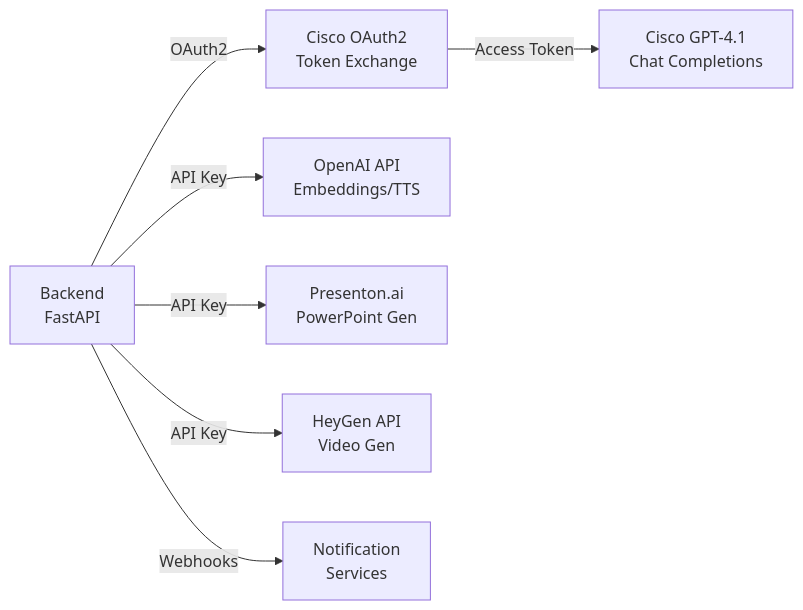
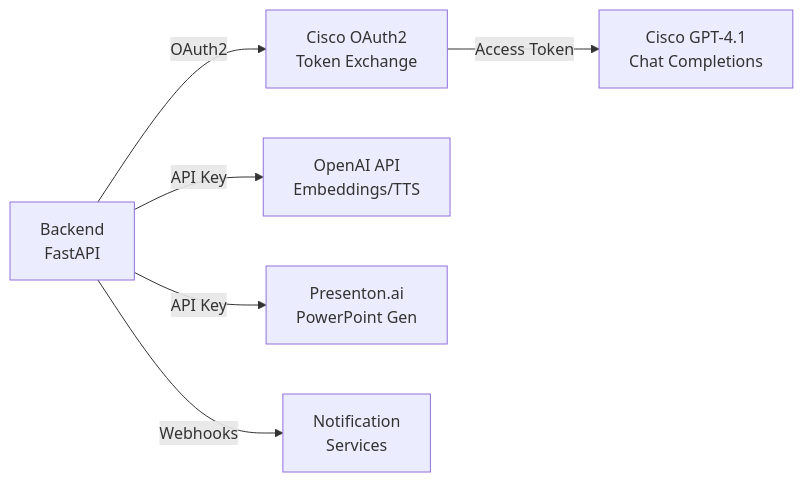
Before and after one commit to thiachan/agent: diagram 15 of 19 in REFERENCE_ARCHITECTURE.md, drawn with Mermaid. The commit also changed other lines of this file and 17 other files, not shown here.

````diff
--- a/REFERENCE_ARCHITECTURE.md
+++ b/REFERENCE_ARCHITECTURE.md
@@ -669,12 +663,11 @@
 ```mermaid
 graph LR
     Backend["Backend\nFastAPI"]
     
     Backend -->|OAuth2| Cisco["Cisco OAuth2\nToken Exchange"]
     Backend -->|API Key| OpenAI["OpenAI API\nEmbeddings/TTS"]
     Backend -->|API Key| Presenton["Presenton.ai\nPowerPoint Gen"]
-    Backend -->|API Key| HeyGen["HeyGen API\nVideo Gen"]
     Backend -->|Webhooks| Notifications["Notification\nServices"]
     
     Cisco -->|Access Token| CiscoGPT["Cisco GPT-4.1\nChat Completions"]
 ```
````
